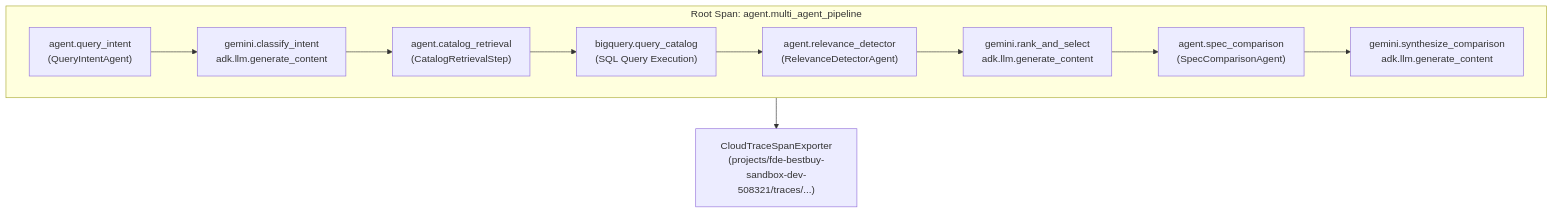
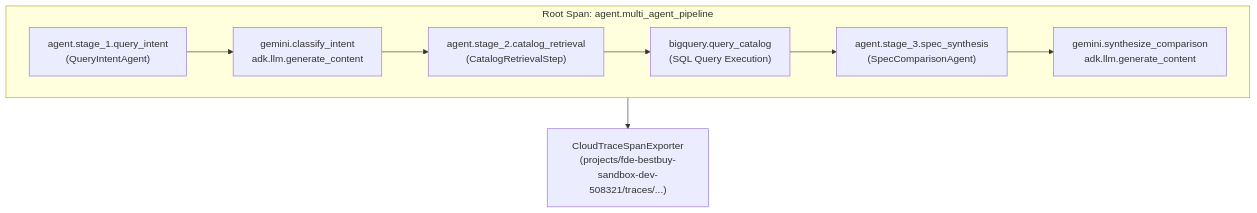
Diagram 11 of 14 in ARCHITECTURE.md (willie3838/williamc-ecomm-capstone), drawn with Mermaid before and after one commit. The commit also changed other lines of this file and 21 other files, not shown here.

Commit message:
feat(task-1-remove-stage-3-relevance): remove stage 3 relevance ranking and collapse ADK workflow to 3 nodes

````diff
--- a/ARCHITECTURE.md
+++ b/ARCHITECTURE.md
@@ -998,25 +973,20 @@
 ```mermaid
 flowchart TD
     subgraph MultiAgentPipeline["Root Span: agent.multi_agent_pipeline"]
-        S1["agent.query_intent<br/>(QueryIntentAgent)"]
+        S1["agent.stage_1.query_intent<br/>(QueryIntentAgent)"]
         S1_LLM["gemini.classify_intent<br/>adk.llm.generate_content"]
         S1 --> S1_LLM
 
-        S2["agent.catalog_retrieval<br/>(CatalogRetrievalStep)"]
+        S2["agent.stage_2.catalog_retrieval<br/>(CatalogRetrievalStep)"]
         S2_BQ["bigquery.query_catalog<br/>(SQL Query Execution)"]
         S2 --> S2_BQ
 
-        S3["agent.relevance_detector<br/>(RelevanceDetectorAgent)"]
-        S3_LLM["gemini.rank_and_select<br/>adk.llm.generate_content"]
+        S3["agent.stage_3.spec_synthesis<br/>(SpecComparisonAgent)"]
+        S3_LLM["gemini.synthesize_comparison<br/>adk.llm.generate_content"]
         S3 --> S3_LLM
-
-        S4["agent.spec_comparison<br/>(SpecComparisonAgent)"]
-        S4_LLM["gemini.synthesize_comparison<br/>adk.llm.generate_content"]
-        S4 --> S4_LLM
     end
 
     S1_LLM --> S2
     S2_BQ --> S3
-    S3_LLM --> S4
     MultiAgentPipeline --> EXPORT["CloudTraceSpanExporter<br/>(projects/fde-bestbuy-sandbox-dev-508321/traces/...)"]
 ```
````
